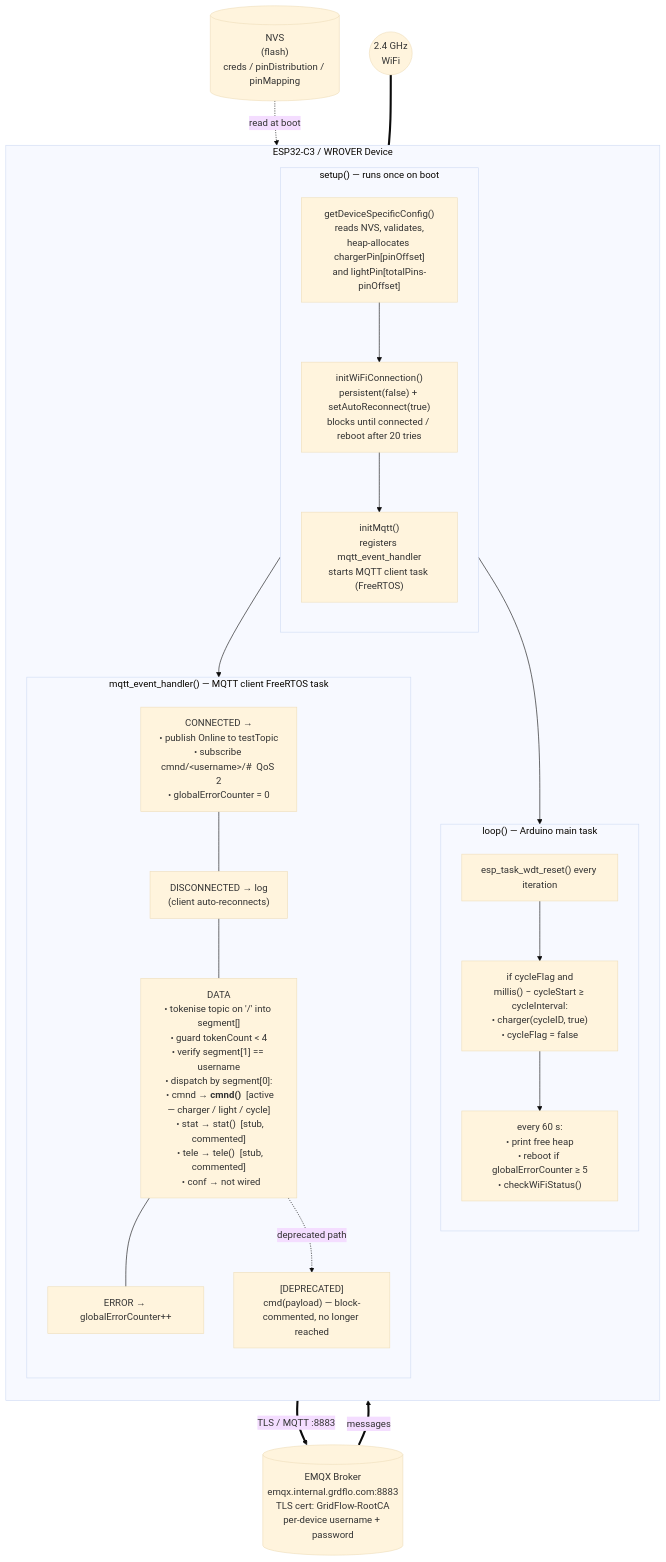
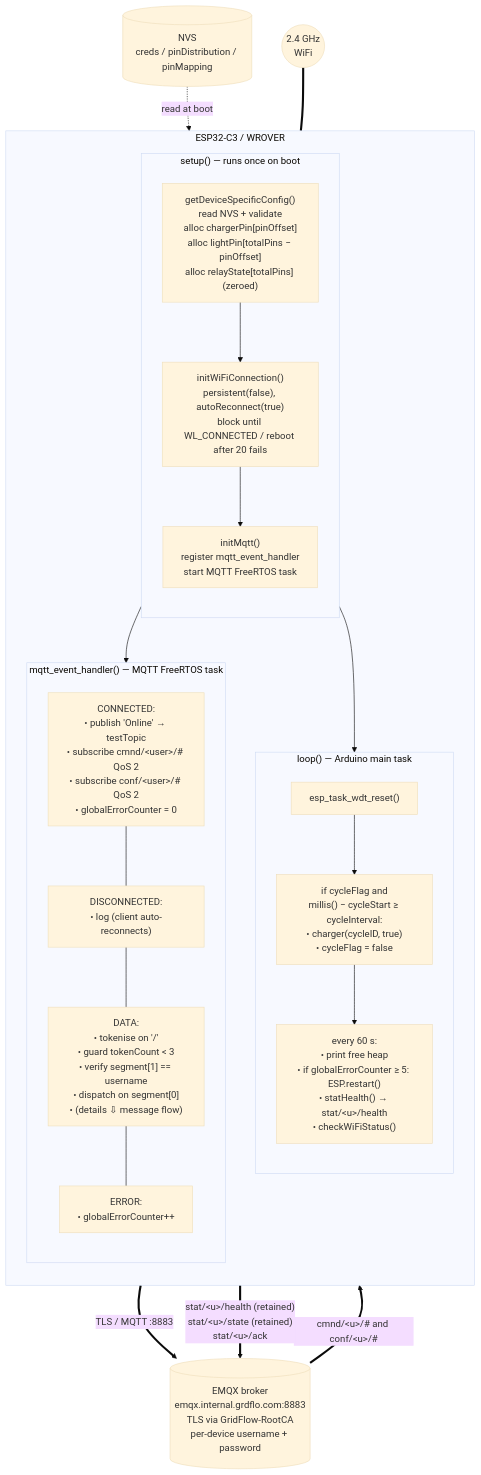
The first of 2 diagrams in DOCUMENTATION.md (pnv28/grdflo-microcontroller), drawn with Mermaid (base theme) before and after one commit. The commit also changed other lines of this file and 9 other files, not shown here.

Commit message:
updated: added outgoing messages via status

````diff
--- a/DOCUMENTATION.md
+++ b/DOCUMENTATION.md
@@ -822,45 +888,44 @@
 ```mermaid
 flowchart TB
-    NVS[("NVS<br/>(flash)<br/>creds / pinDistribution / pinMapping")]
+    NVS[("NVS<br/>creds / pinDistribution / pinMapping")]
     WiFiNet(("2.4 GHz<br/>WiFi"))
-    Broker[("EMQX Broker<br/>emqx.internal.grdflo.com:8883<br/>TLS cert: GridFlow-RootCA<br/>per-device username + password")]
+    Broker[("EMQX broker<br/>emqx.internal.grdflo.com:8883<br/>TLS via GridFlow-RootCA<br/>per-device username + password")]
 
-    subgraph Device["ESP32-C3 / WROVER Device"]
+    subgraph Device["ESP32-C3 / WROVER"]
         direction TB
 
         subgraph SetupCtx["setup() — runs once on boot"]
             direction TB
-            cfg["getDeviceSpecificConfig()<br/>reads NVS, validates,<br/>heap-allocates chargerPin[pinOffset]<br/>and lightPin[totalPins-pinOffset]"]
-            wifi["initWiFiConnection()<br/>persistent(false) + setAutoReconnect(true)<br/>blocks until connected / reboot after 20 tries"]
-            mqtt["initMqtt()<br/>registers mqtt_event_handler<br/>starts MQTT client task (FreeRTOS)"]
-            cfg --> wifi --> mqtt
+            cfg["getDeviceSpecificConfig()<br/>read NVS + validate<br/>alloc chargerPin[pinOffset]<br/>alloc lightPin[totalPins − pinOffset]<br/>alloc relayState[totalPins] (zeroed)"]
+            wifi["initWiFiConnection()<br/>persistent(false), autoReconnect(true)<br/>block until WL_CONNECTED / reboot after 20 fails"]
+            mqttI["initMqtt()<br/>register mqtt_event_handler<br/>start MQTT FreeRTOS task"]
+            cfg --> wifi --> mqttI
         end
 
         subgraph LoopCtx["loop() — Arduino main task"]
             direction TB
-            wdt["esp_task_wdt_reset() every iteration"]
-            cycleWatch["if cycleFlag and<br/>millis() − cycleStart ≥ cycleInterval:<br/>• charger(cycleID, true)<br/>• cycleFlag = false"]
-            interval["every 60 s:<br/>• print free heap<br/>• reboot if globalErrorCounter ≥ 5<br/>• checkWiFiStatus()"]
-            wdt --> cycleWatch --> interval
+            wdt["esp_task_wdt_reset()"]
+            cycW["if cycleFlag and<br/>millis() − cycleStart ≥ cycleInterval:<br/>• charger(cycleID, true)<br/>• cycleFlag = false"]
+            tick["every 60 s:<br/>• print free heap<br/>• if globalErrorCounter ≥ 5: ESP.restart()<br/>• statHealth() → stat/&lt;u&gt;/health<br/>• checkWiFiStatus()"]
+            wdt --> cycW --> tick
         end
 
-        subgraph EvtCtx["mqtt_event_handler() — MQTT client FreeRTOS task"]
+        subgraph EvtCtx["mqtt_event_handler() — MQTT FreeRTOS task"]
             direction TB
-            connected["CONNECTED →<br/>• publish Online to testTopic<br/>• subscribe cmnd/&lt;username&gt;/#  QoS 2<br/>• globalErrorCounter = 0"]
-            disconnected["DISCONNECTED → log<br/>(client auto-reconnects)"]
-            data["DATA<br/>• tokenise topic on '/' into segment[]<br/>• guard tokenCount &lt; 4<br/>• verify segment[1] == username<br/>• dispatch by segment[0]:<br/>&nbsp;&nbsp;• cmnd → <b>cmnd()</b> &nbsp;[active — charger / light / cycle]<br/>&nbsp;&nbsp;• stat → stat() &nbsp;[stub, commented]<br/>&nbsp;&nbsp;• tele → tele() &nbsp;[stub, commented]<br/>&nbsp;&nbsp;• conf → not wired"]
-            errored["ERROR → globalErrorCounter++"]
-            legacy["[DEPRECATED]<br/>cmd(payload) — block-commented, no longer reached"]
-            connected --- disconnected --- data --- errored
-            data -. "deprecated path" .-> legacy
+            conn["CONNECTED:<br/>• publish 'Online' → testTopic<br/>• subscribe cmnd/&lt;user&gt;/# QoS 2<br/>• subscribe conf/&lt;user&gt;/# QoS 2<br/>• globalErrorCounter = 0"]
+            disc["DISCONNECTED:<br/>• log (client auto-reconnects)"]
+            data["DATA:<br/>• tokenise on '/'<br/>• guard tokenCount &lt; 3<br/>• verify segment[1] == username<br/>• dispatch on segment[0]<br/>• (details ⇩ message flow)"]
+            err["ERROR:<br/>• globalErrorCounter++"]
+            conn --- disc --- data --- err
         end
 
         SetupCtx --> LoopCtx
         SetupCtx --> EvtCtx
     end
 
     NVS -. read at boot .-> cfg
     WiFiNet === wifi
-    mqtt == "TLS / MQTT&nbsp;:8883" ==> Broker
-    Broker == "messages" ==> data
+    mqttI ==>|"TLS / MQTT :8883"| Broker
+    Broker ==>|"cmnd/&lt;u&gt;/# and conf/&lt;u&gt;/#"| data
+    EvtCtx ==>|"stat/&lt;u&gt;/health (retained)<br/>stat/&lt;u&gt;/state (retained)<br/>stat/&lt;u&gt;/ack"| Broker
 ```
````
